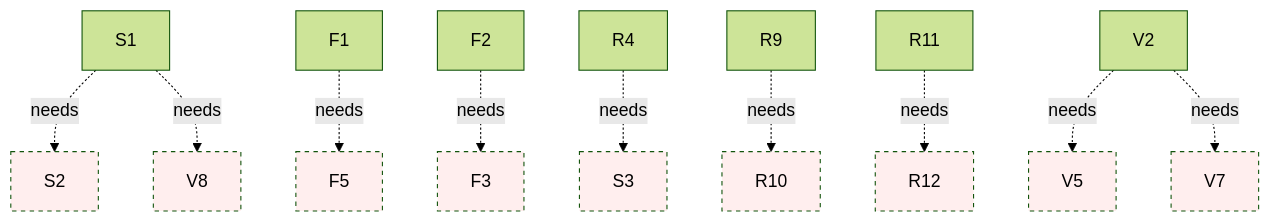
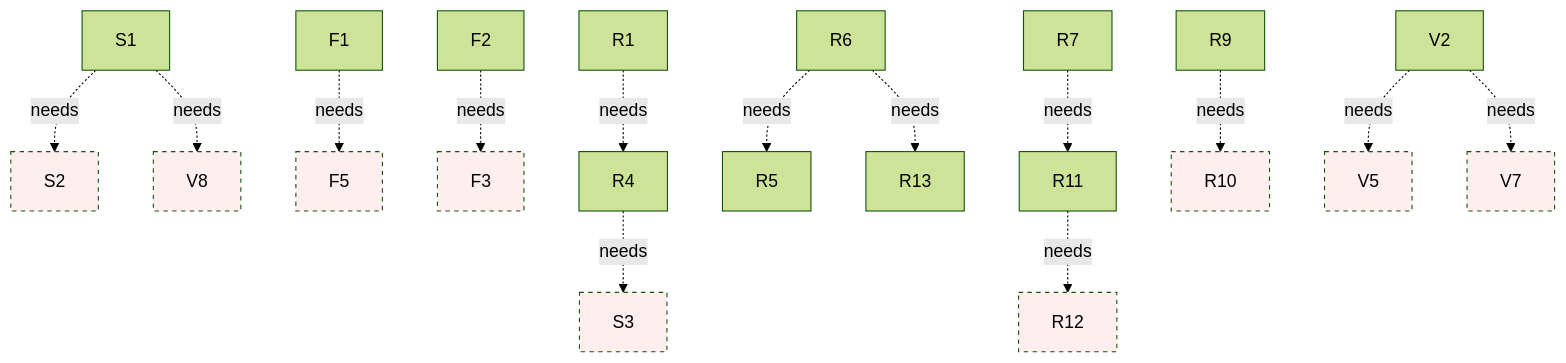
The sixth of 6 diagrams in docs/design/DIAGRAMS.md (alinasser21001b-blip/adlytic), drawn with Mermaid (forest theme) before and after one commit. The commit also changed other lines of this file and 25 other files, not shown here.

````diff
--- a/docs/design/DIAGRAMS.md
+++ b/docs/design/DIAGRAMS.md
@@ -225,12 +225,15 @@
 ```mermaid
 flowchart TD
   S1 -.needs.-> S2 & V8
   F1 -.needs.-> F5
   F2 -.needs.-> F3
+  R1 -.needs.-> R4
+  R6 -.needs.-> R5 & R13
+  R7 -.needs.-> R11
   R4 -.needs.-> S3
   R9 -.needs.-> R10
   R11 -.needs.-> R12
   V2 -.needs.-> V5 & V7
   classDef gap stroke-dasharray: 4 4,fill:#fee;
   class S2,V8,F5,F3,S3,R10,R12,V5,V7 gap;
 ```
````
